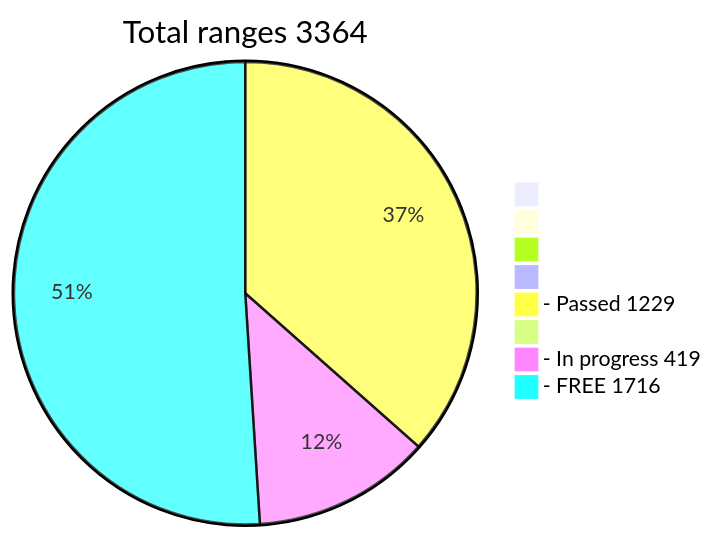
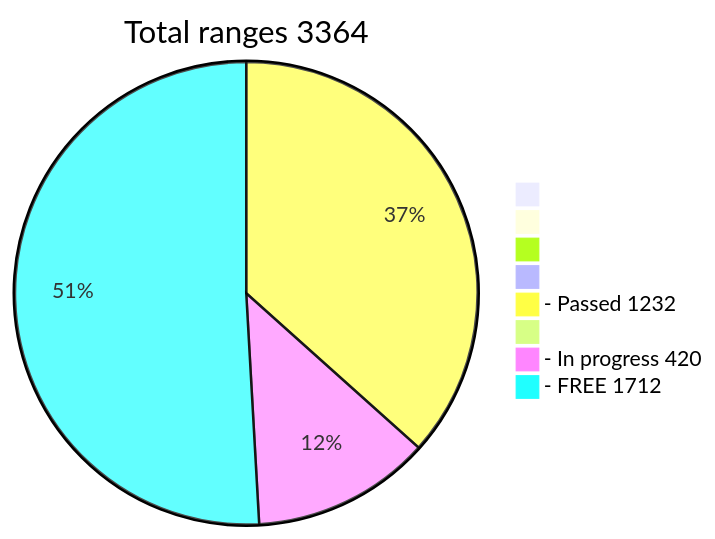
Before and after one commit to phrutis/wif500: the diagram in README.md, drawn with Mermaid.

````diff
--- a/README.md
+++ b/README.md
@@ -16,12 +16,12 @@
 ```mermaid
 pie title Total ranges 3364
              " " : 0
             "  " : 0
            "   " : 0
           "    " : 0
-  "- Passed 1229" : 1229
+  "- Passed 1232" : 1232
          "     " : 0
-  "- In progress 419" : 419
-   "- FREE 1716" : 1716
+  "- In progress 420" : 420
+   "- FREE 1712" : 1712
    
 ```
````
